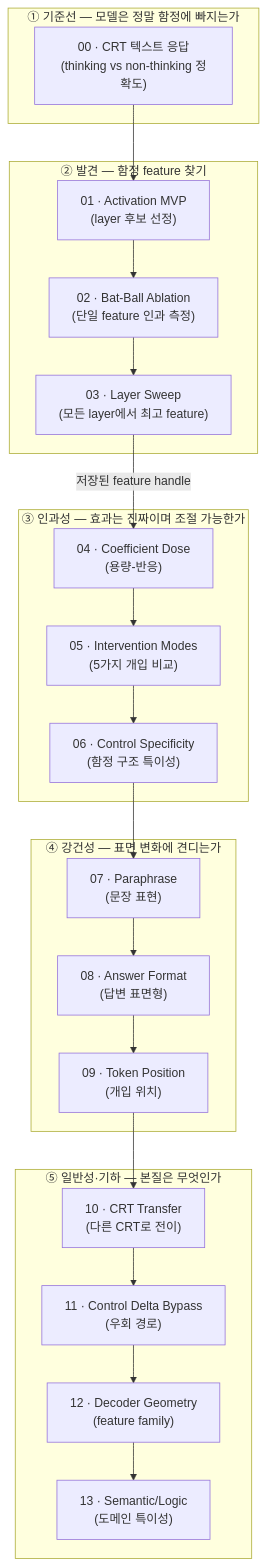
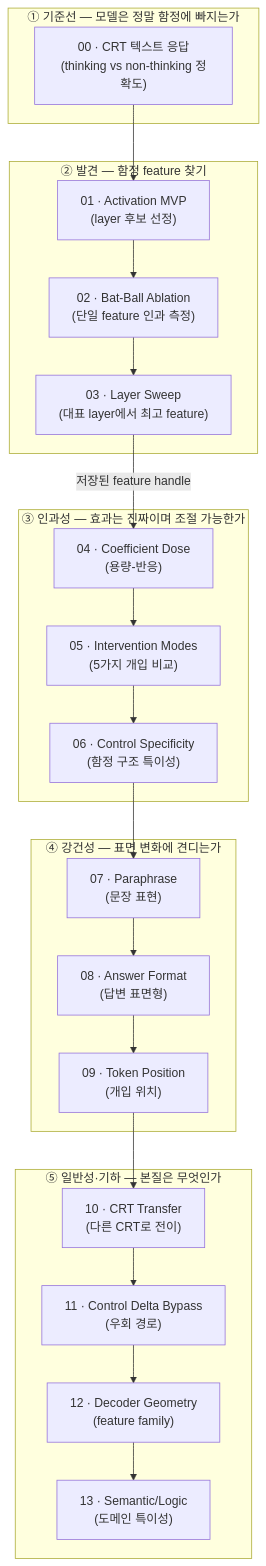
The first of 3 diagrams in docs/notebook_pipeline.md (JeonDongJun/mindscopex_analysis), drawn with Mermaid before and after one commit. The commit also changed other lines of this file and 14 other files, not shown here.

````diff
--- a/docs/notebook_pipeline.md
+++ b/docs/notebook_pipeline.md
@@ -16,33 +16,33 @@
 ```mermaid
 flowchart TD
     subgraph P0["① 기준선 — 모델은 정말 함정에 빠지는가"]
         N00["00 · CRT 텍스트 응답<br/>(thinking vs non-thinking 정확도)"]
     end
     subgraph P1["② 발견 — 함정 feature 찾기"]
         N01["01 · Activation MVP<br/>(layer 후보 선정)"]
         N02["02 · Bat-Ball Ablation<br/>(단일 feature 인과 측정)"]
-        N03["03 · Layer Sweep<br/>(모든 layer에서 최고 feature)"]
+        N03["03 · Layer Sweep<br/>(대표 layer에서 최고 feature)"]
     end
     subgraph P2["③ 인과성 — 효과는 진짜이며 조절 가능한가"]
         N04["04 · Coefficient Dose<br/>(용량-반응)"]
         N05["05 · Intervention Modes<br/>(5가지 개입 비교)"]
         N06["06 · Control Specificity<br/>(함정 구조 특이성)"]
     end
     subgraph P3["④ 강건성 — 표면 변화에 견디는가"]
         N07["07 · Paraphrase<br/>(문장 표현)"]
         N08["08 · Answer Format<br/>(답변 표면형)"]
         N09["09 · Token Position<br/>(개입 위치)"]
     end
     subgraph P4["⑤ 일반성·기하 — 본질은 무엇인가"]
         N10["10 · CRT Transfer<br/>(다른 CRT로 전이)"]
         N11["11 · Control Delta Bypass<br/>(우회 경로)"]
         N12["12 · Decoder Geometry<br/>(feature family)"]
         N13["13 · Semantic/Logic<br/>(도메인 특이성)"]
     end
 
     N00 --> N01 --> N02 --> N03
     N03 -->|"저장된 feature handle"| N04
     N04 --> N05 --> N06
     N06 --> N07 --> N08 --> N09
     N09 --> N10 --> N11 --> N12 --> N13
 ```
````
